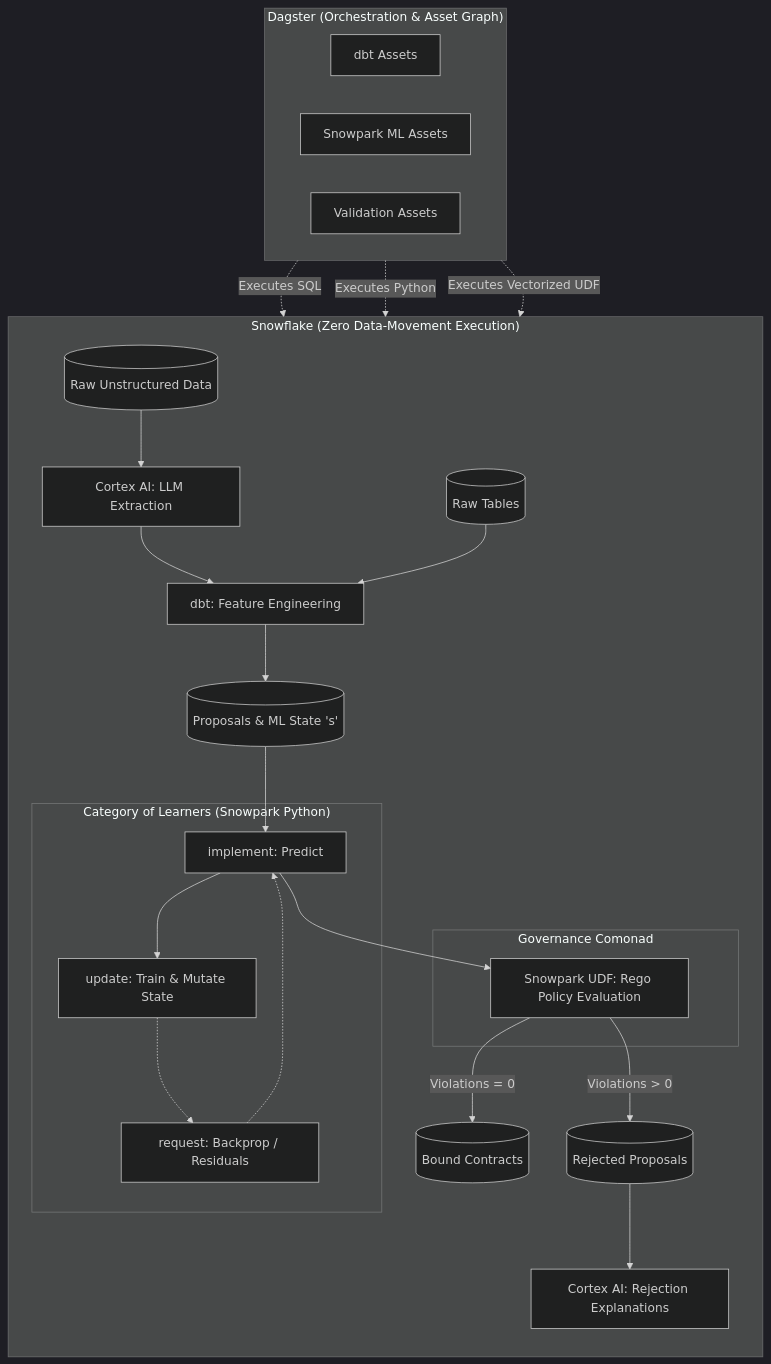
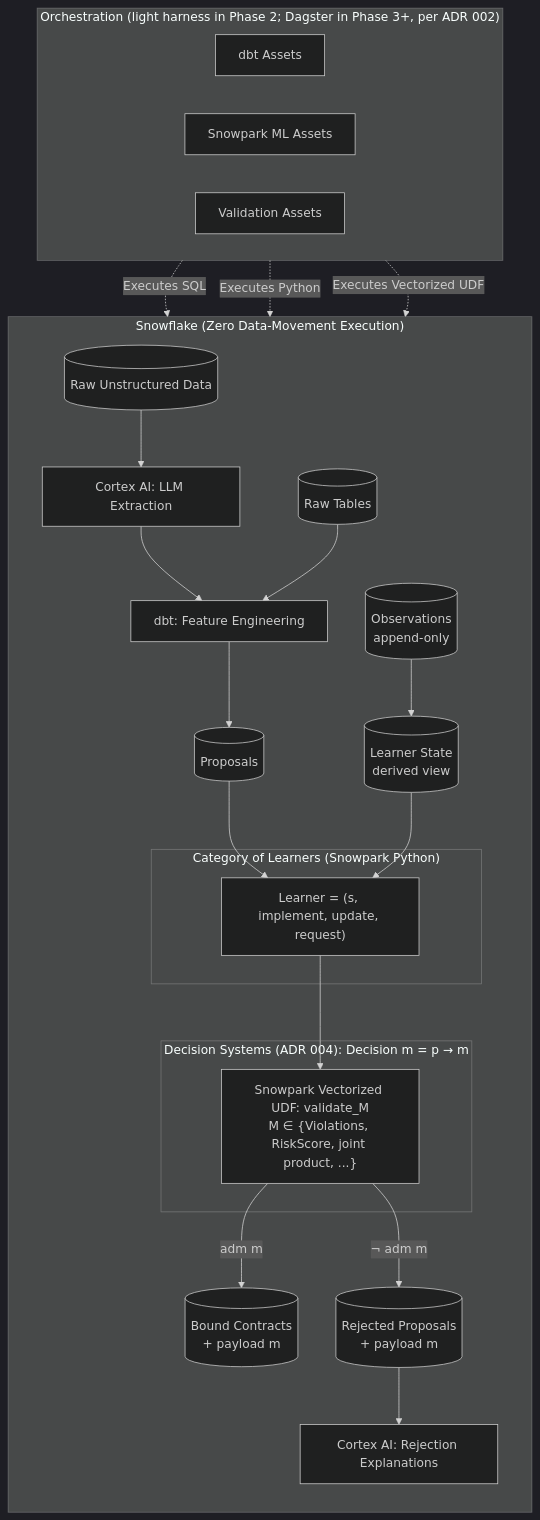
One commit to soulstrop/categorical-insurance changed the diagram in docs/ARCHITECTURE.md. Above: the diagram before and after it, drawn with Mermaid (dark theme). The commit also changed other lines of this file, not shown here.

First line of the commit message:
ARCHITECTURE.md: bring into correspondence with ADRs 001-005 and math.tex §VI

````diff
--- a/docs/ARCHITECTURE.md
+++ b/docs/ARCHITECTURE.md
@@ -18,58 +27,56 @@
 ```mermaid
 graph TD
-    subgraph Dagster ["Dagster (Orchestration & Asset Graph)"]
+    subgraph Dagster ["Orchestration (light harness in Phase 2; Dagster in Phase 3+, per ADR 002)"]
         direction LR
         TriggerDBT[dbt Assets]
         TriggerML[Snowpark ML Assets]
         TriggerGov[Validation Assets]
     end
 
     subgraph Snowflake ["Snowflake (Zero Data-Movement Execution)"]
         direction TB
-        
+
         %% Data Sources & Prep
         Raw[(Raw Unstructured Data)]
         CortexExtract[Cortex AI: LLM Extraction]
         RawSQL[(Raw Tables)]
         DBT[dbt: Feature Engineering]
-        Proposals[(Proposals & ML State 's')]
+        Proposals[(Proposals)]
+        Observations[(Observations<br/>append-only)]
+        StateView[(Learner State<br/>derived view)]
 
         Raw --> CortexExtract --> DBT
         RawSQL --> DBT
         DBT --> Proposals
+        Observations --> StateView
 
         %% Learners Category
         subgraph Learners ["Category of Learners (Snowpark Python)"]
-            Implement[implement: Predict]
-            Update[update: Train & Mutate State]
-            Request[request: Backprop / Residuals]
-            
-            Implement --> Update
-            Update -.-> Request
-            Request -.-> Implement
+            Learner["Learner = (s, implement, update, request)"]
         end
 
-        Proposals --> Implement
-        
-        %% Governance Comonad
-        subgraph Governance ["Governance Comonad"]
-            RegoUDF[Snowpark UDF: Rego Policy Evaluation]
+        Proposals --> Learner
+        StateView --> Learner
+
+        %% Decision systems parameterised by a monoid
+        subgraph DecisionSubgraph ["Decision Systems (ADR 004): Decision m = p → m"]
+            ValidateUDF["Snowpark Vectorized UDF: validate_M<br/>M ∈ {Violations, RiskScore, joint product, ...}"]
         end
-        
-        Implement --> RegoUDF
-        
-        %% Co-Kleisli Validation
-        Contracts[(Bound Contracts)]
-        Rejections[(Rejected Proposals)]
+
+        Learner --> ValidateUDF
+
+        %% Co-Kleisli validation outputs
+        Contracts[(Bound Contracts<br/>+ payload m)]
+        Rejections[(Rejected Proposals<br/>+ payload m)]
         CortexExplain[Cortex AI: Rejection Explanations]
-        
-        RegoUDF -->|Violations = 0| Contracts
-        RegoUDF -->|Violations > 0| Rejections
+
+        ValidateUDF -->|adm m| Contracts
+        ValidateUDF -->|¬ adm m| Rejections
         Rejections --> CortexExplain
     end
 
     %% Orchestration edges
     TriggerDBT -.->|Executes SQL| DBT
     TriggerML -.->|Executes Python| Learners
-    TriggerGov -.->|Executes Vectorized UDF| Governance
+    TriggerGov -.->|Executes Vectorized UDF| DecisionSubgraph
 ```
````
